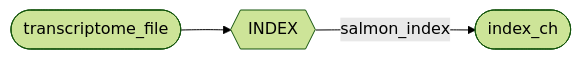
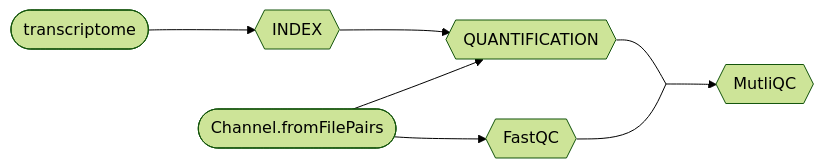
Before and after one commit to leandrotiburske/nextflow_studies: the diagram in 2_RNA-Seq/README.md, drawn with Mermaid (forest theme). The commit also changed other lines of this file and 4 other files, not shown here.

````diff
--- a/2_RNA-Seq/README.md
+++ b/2_RNA-Seq/README.md
@@ -48,5 +188,11 @@
 ```mermaid
 flowchart LR
-    Input([transcriptome_file]) --> index{{INDEX}};
-    index --> |salmon_index| index_ch([index_ch])
+    Input([transcriptome]) --> index{{INDEX}};
+    index --> quant{{QUANTIFICATION}}
+    reads(["Channel.fromFilePairs"]) --> quant
+    reads --> fastqc{{FastQC}}
+    quant --- D[ ]:::empty
+    fastqc --- D
+    D --> MultiQC{{MutliQC}}
+    classDef empty width:0px,height:0px;
 ```
````
